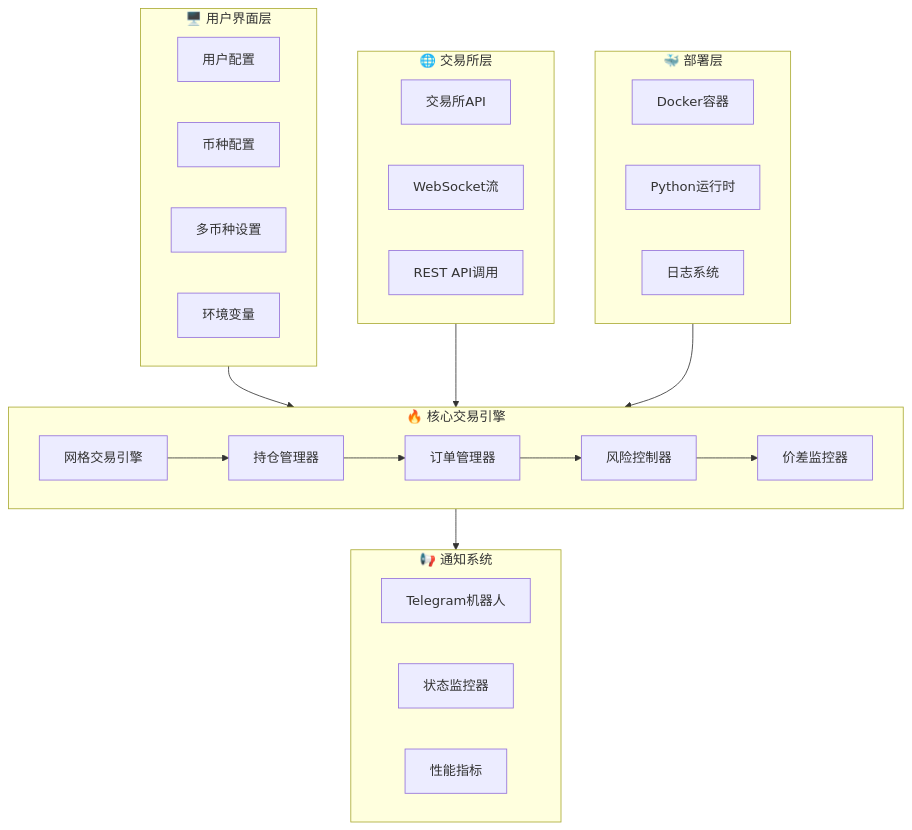
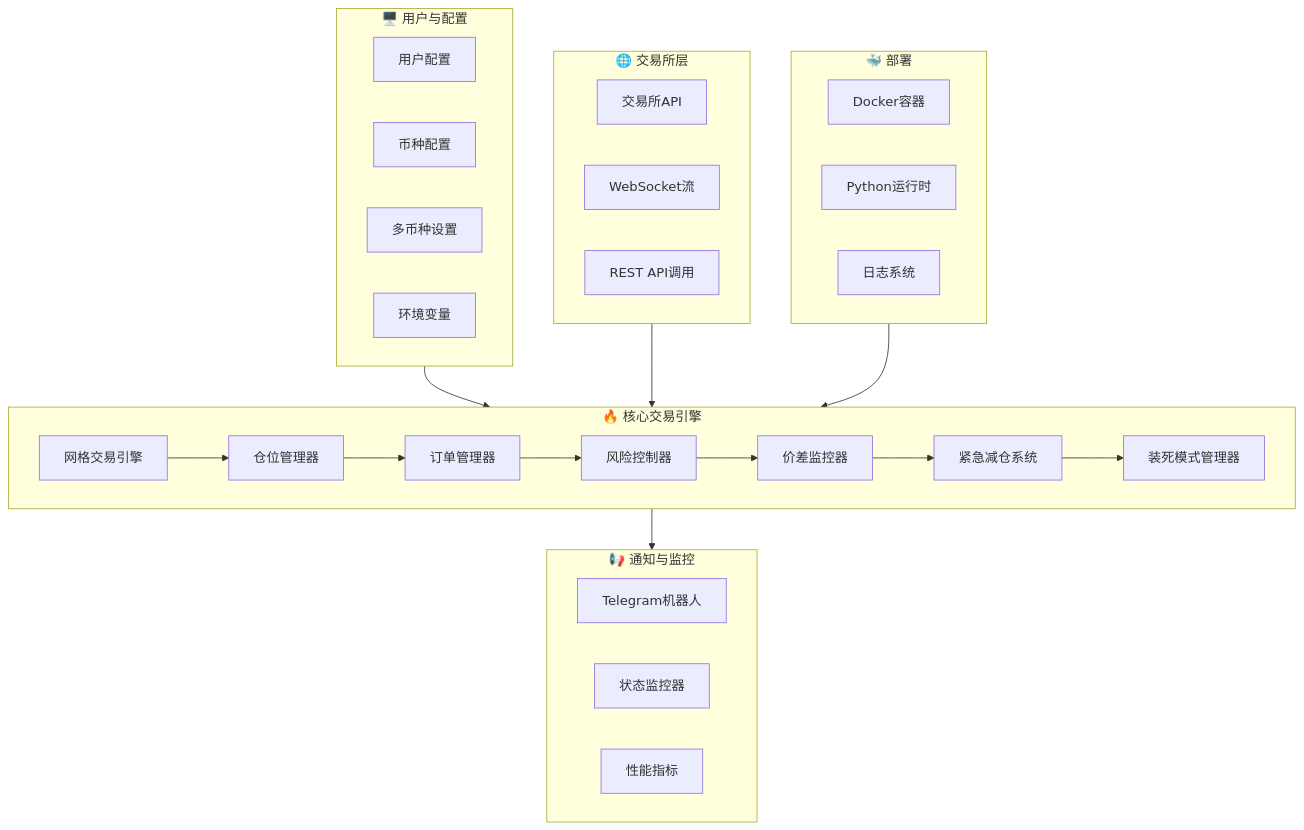
Before and after one commit to aoooeg/AS-Grid: the first of 4 diagrams in docs/README_ZN.md, drawn with Mermaid. The commit also changed other lines of this file and 2 other files, not shown here.

````diff
--- a/docs/README_ZN.md
+++ b/docs/README_ZN.md
@@ -77,42 +95,44 @@
 ```mermaid
 flowchart TB
-    subgraph UI["🖥️ 用户界面层"]
+    subgraph UI["🖥️ 用户与配置"]
         A[用户配置]
         B[币种配置]
         C[多币种设置]
         D[环境变量]
     end
 
     subgraph Core["🔥 核心交易引擎"]
         E[网格交易引擎]
-        F[持仓管理器]
+        F[仓位管理器]
         G[订单管理器]
         H[风险控制器]
         I[价差监控器]
+        J[紧急减仓系统]
+        K[装死模式管理器]
     end
 
     subgraph Exchange["🌐 交易所层"]
-        J[交易所API]
-        K[WebSocket流]
-        L[REST API调用]
+        L[交易所API]
+        M[WebSocket流]
+        N[REST API调用]
     end
 
-    subgraph Notify["📢 通知系统"]
-        M[Telegram机器人]
-        N[状态监控器]
-        O[性能指标]
+    subgraph Notify["📢 通知与监控"]
+        O[Telegram机器人]
+        P[状态监控器]
+        Q[性能指标]
     end
 
-    subgraph Deploy["🐳 部署层"]
-        P[Docker容器]
-        Q[Python运行时]
-        R[日志系统]
+    subgraph Deploy["🐳 部署"]
+        R[Docker容器]
+        S[Python运行时]
+        T[日志系统]
     end
 
     %% 连接关系
     UI --> Core
     Exchange --> Core
-    E --> F --> G --> H --> I
+    E --> F --> G --> H --> I --> J --> K
     Core --> Notify
     Deploy --> Core
 ```
````
